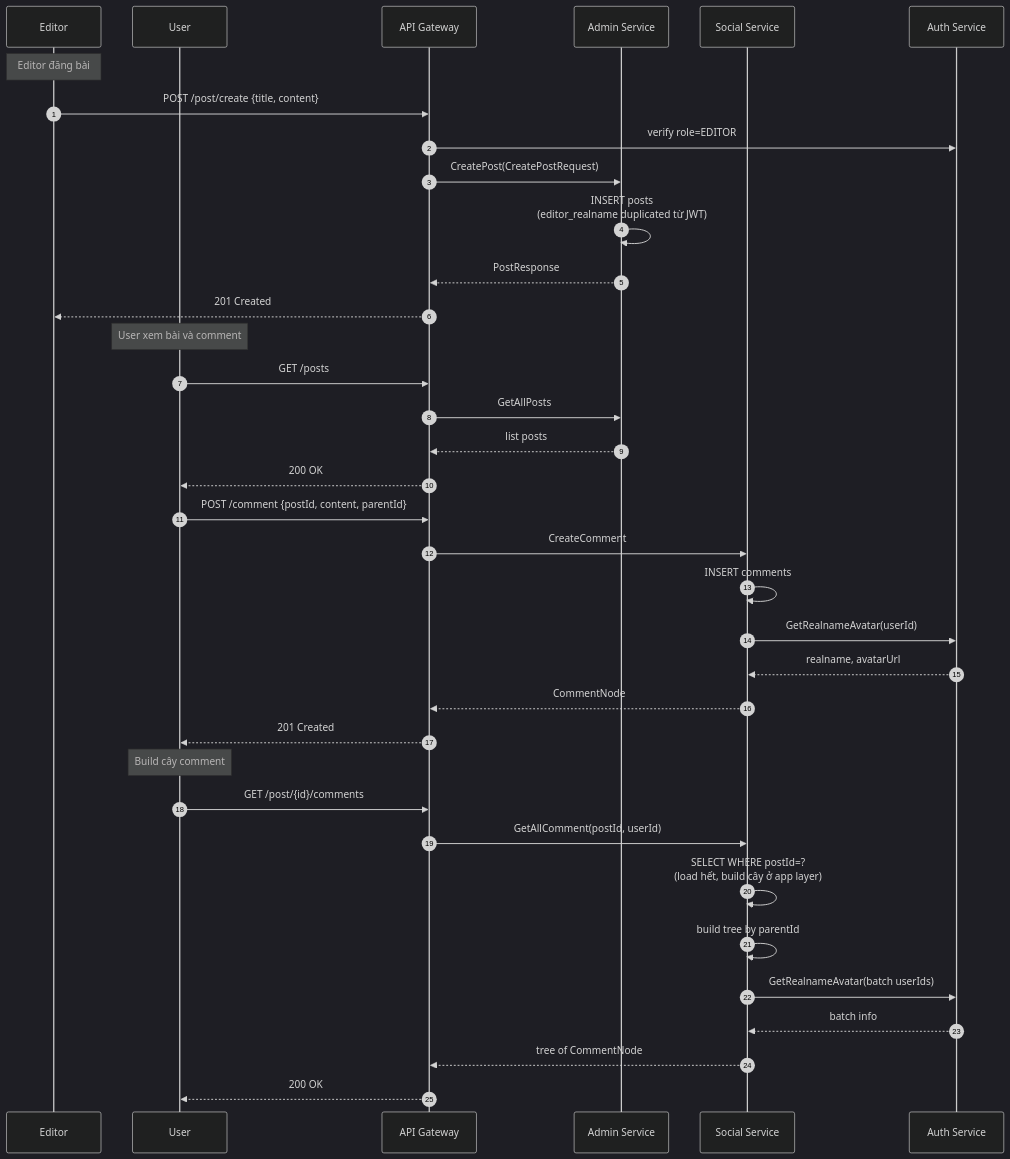
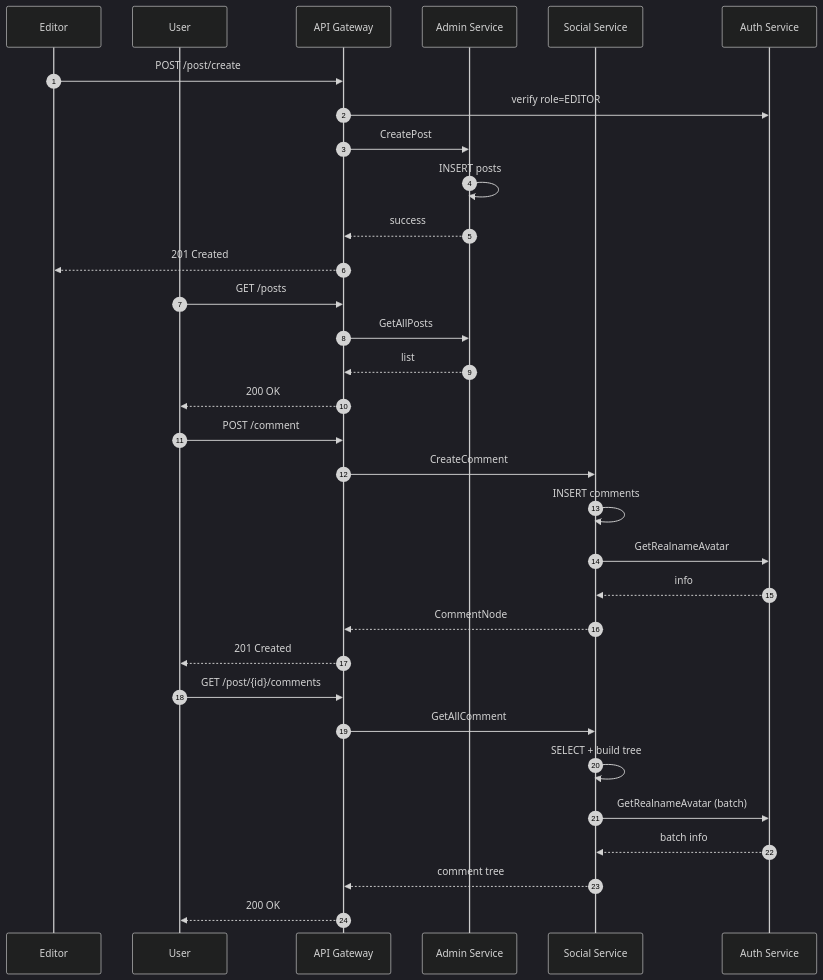
Before and after one commit to DANG-PH/dragonboy-api-gateway: diagram 15 of 18 in docs/architecture.md, drawn with Mermaid (dark theme). The commit also changed other lines of this file, not shown here.

Commit message:
fix: architecture docs with erd, diagram, usecase,...

````diff
--- a/docs/architecture.md
+++ b/docs/architecture.md
@@ -912,45 +915,38 @@
 ```mermaid
 sequenceDiagram
     autonumber
     participant E as Editor
     participant U as User
     participant GW as API Gateway
     participant Admin as Admin Service
     participant Social as Social Service
     participant Auth as Auth Service
 
-    Note over E: Editor đăng bài
-
-    E->>GW: POST /post/create {title, content}
+    E->>GW: POST /post/create
     GW->>Auth: verify role=EDITOR
-    GW->>Admin: CreatePost(CreatePostRequest)
-    Admin->>Admin: INSERT posts<br/>(editor_realname duplicated từ JWT)
-    Admin-->>GW: PostResponse
+    GW->>Admin: CreatePost
+    Admin->>Admin: INSERT posts
+    Admin-->>GW: success
     GW-->>E: 201 Created
-
-    Note over U: User xem bài và comment
 
     U->>GW: GET /posts
     GW->>Admin: GetAllPosts
-    Admin-->>GW: list posts
+    Admin-->>GW: list
     GW-->>U: 200 OK
 
-    U->>GW: POST /comment {postId, content, parentId}
+    U->>GW: POST /comment
     GW->>Social: CreateComment
     Social->>Social: INSERT comments
-    Social->>Auth: GetRealnameAvatar(userId)
-    Auth-->>Social: realname, avatarUrl
+    Social->>Auth: GetRealnameAvatar
+    Auth-->>Social: info
     Social-->>GW: CommentNode
     GW-->>U: 201 Created
 
-    Note over U: Build cây comment
-
     U->>GW: GET /post/{id}/comments
-    GW->>Social: GetAllComment(postId, userId)
-    Social->>Social: SELECT WHERE postId=?<br/>(load hết, build cây ở app layer)
-    Social->>Social: build tree by parentId
-    Social->>Auth: GetRealnameAvatar(batch userIds)
+    GW->>Social: GetAllComment
+    Social->>Social: SELECT + build tree
+    Social->>Auth: GetRealnameAvatar (batch)
     Auth-->>Social: batch info
-    Social-->>GW: tree of CommentNode
+    Social-->>GW: comment tree
     GW-->>U: 200 OK
 ```
````
